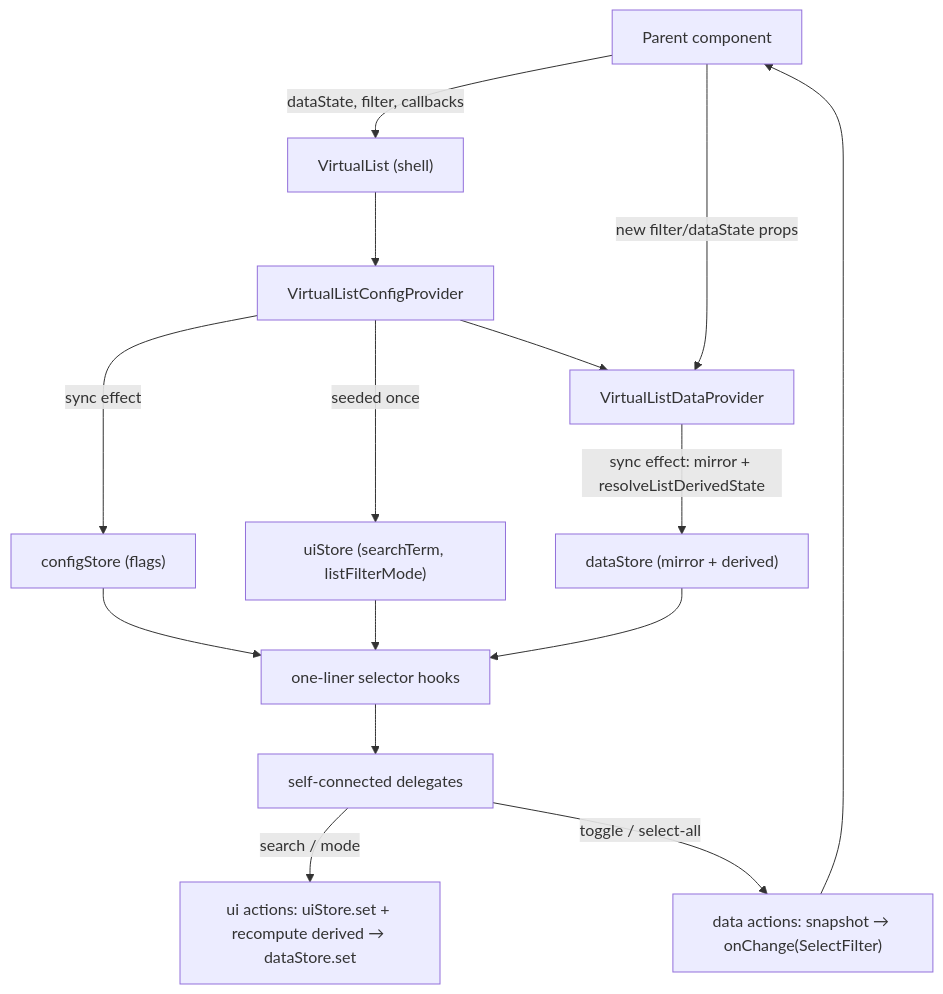
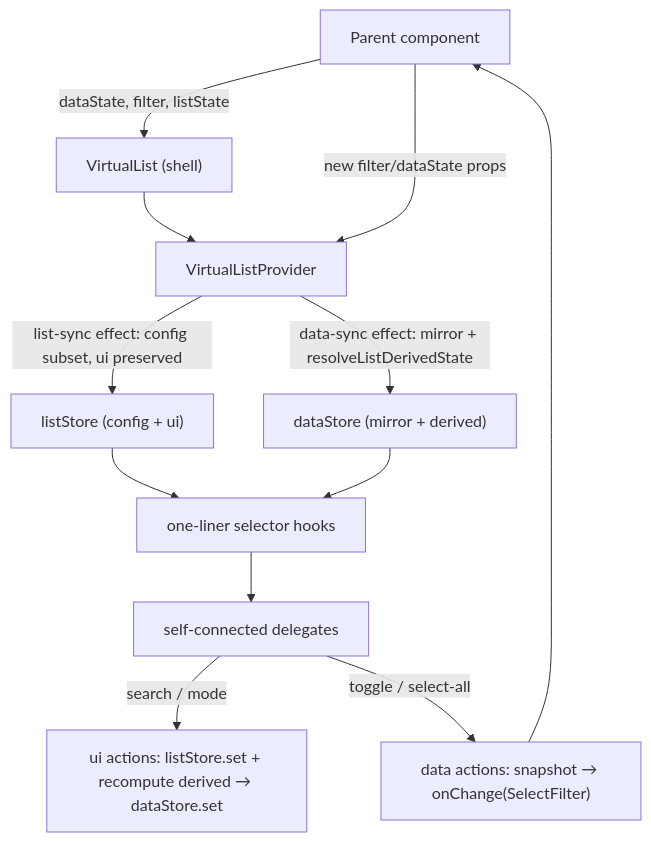
Before and after one commit to luciocabrera/lcabrera-stack: the second of 3 diagrams in packages/ui/src/components/VirtualList/ARCHITECTURE.md, drawn with Mermaid. The commit also changed other lines of this file and 29 other files, not shown here.

````diff
--- a/packages/ui/src/components/VirtualList/ARCHITECTURE.md
+++ b/packages/ui/src/components/VirtualList/ARCHITECTURE.md
@@ -85,19 +85,16 @@
 ```mermaid
 graph TD
-  Parent["Parent component"] -->|"dataState, filter, callbacks"| VL["VirtualList (shell)"]
-  VL --> CFG["VirtualListConfigProvider"]
-  CFG -->|"sync effect"| CS["configStore (flags)"]
-  CFG -->|"seeded once"| US["uiStore (searchTerm, listFilterMode)"]
-  CFG --> DATA["VirtualListDataProvider"]
-  DATA -->|"sync effect: mirror + resolveListDerivedState"| DS["dataStore (mirror + derived)"]
+  Parent["Parent component"] -->|"dataState, filter, listState"| VL["VirtualList (shell)"]
+  VL --> PROV["VirtualListProvider"]
+  PROV -->|"list-sync effect: config subset, ui preserved"| LS["listStore (config + ui)"]
+  PROV -->|"data-sync effect: mirror + resolveListDerivedState"| DS["dataStore (mirror + derived)"]
 
-  CS --> SEL["one-liner selector hooks"]
-  US --> SEL
+  LS --> SEL["one-liner selector hooks"]
   DS --> SEL
   SEL --> Delegates["self-connected delegates"]
 
-  Delegates -->|"search / mode"| UIACT["ui actions: uiStore.set + recompute derived → dataStore.set"]
+  Delegates -->|"search / mode"| UIACT["ui actions: listStore.set + recompute derived → dataStore.set"]
   Delegates -->|"toggle / select-all"| DACT["data actions: snapshot → onChange(SelectFilter)"]
   DACT --> Parent
-  Parent -->|"new filter/dataState props"| DATA
+  Parent -->|"new filter/dataState props"| PROV
 ```
````
